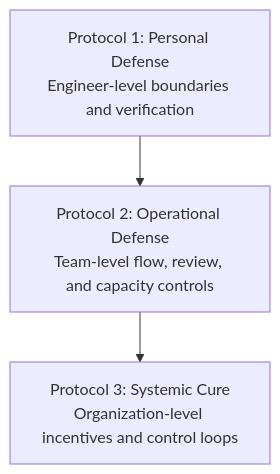
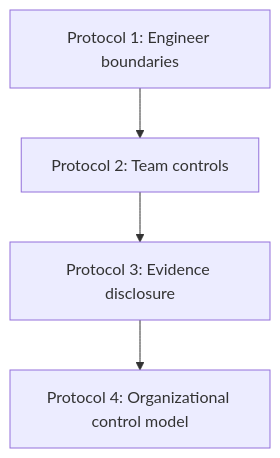
Before and after one commit to UncertaintyArchitectureGroup/The-Subprime-Code-Crisis: the third of 3 diagrams in protocols/01_personal_defense.md, drawn with Mermaid. The commit also changed other lines of this file and 14 other files, not shown here.

````diff
--- a/protocols/01_personal_defense.md
+++ b/protocols/01_personal_defense.md
@@ -213,6 +213,7 @@
 ```mermaid
 flowchart TD
-    A[Protocol 1: Personal Defense<br/>Engineer-level boundaries and verification]
-    --> B[Protocol 2: Operational Defense<br/>Team-level flow, review, and capacity controls]
-    --> C[Protocol 3: Systemic Cure<br/>Organization-level incentives and control loops]
+    A["Protocol 1: Engineer boundaries"]
+    --> B["Protocol 2: Team controls"]
+    --> C["Protocol 3: Evidence disclosure"]
+    --> D["Protocol 4: Organizational control model"]
 ```
````
